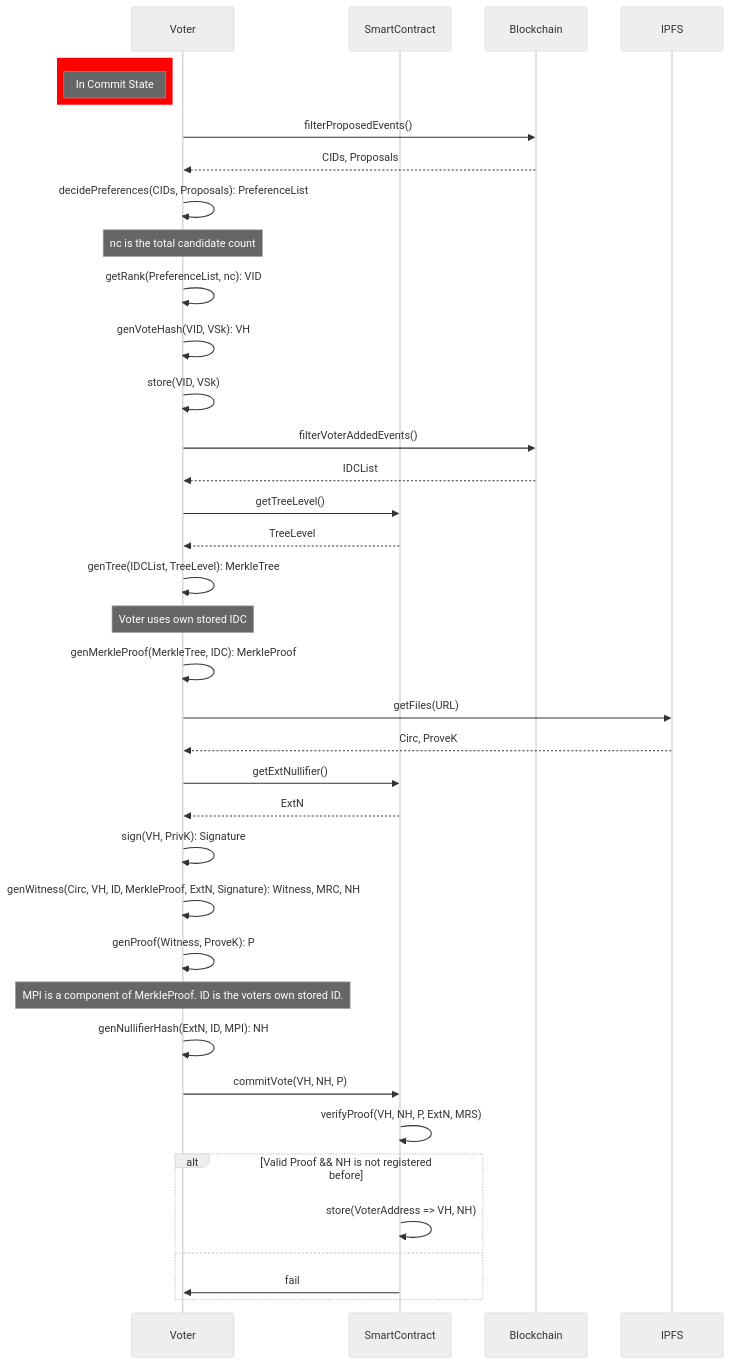
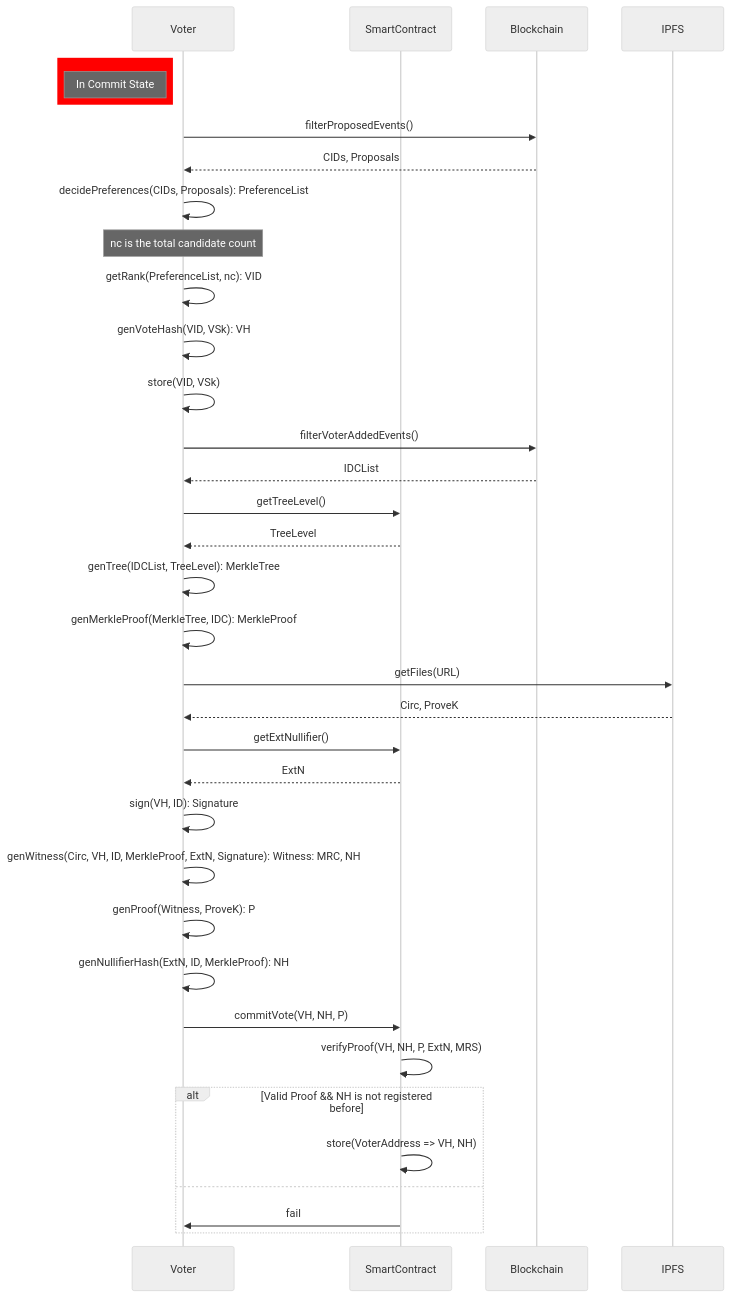
The diagram in docs/flows/basic/commit-vote.mmd (ceyonur/electanon), drawn with Mermaid (neutral theme) before and after one commit. The commit also changed 3 other files, not shown here.

```diff
--- a/docs/flows/basic/commit-vote.mmd
+++ b/docs/flows/basic/commit-vote.mmd
@@ -1,36 +1,34 @@
 sequenceDiagram
 participant Voter
 rect rgb(255, 0, 0)
 note left of Voter: In Commit State
 end
 participant SC as SmartContract
 Voter->>Blockchain: filterProposedEvents()
 Blockchain-->>Voter: CIDs, Proposals
 Voter->>Voter: decidePreferences(CIDs, Proposals): PreferenceList
 Note over Voter,Voter: nc is the total candidate count
 Voter->>Voter: getRank(PreferenceList, nc): VID
 Voter->>Voter: genVoteHash(VID, VSk): VH
 Voter->>Voter: store(VID, VSk)
 Voter->>Blockchain: filterVoterAddedEvents()
 Blockchain-->>Voter: IDCList
 Voter->>SC: getTreeLevel()
 SC-->>Voter: TreeLevel
 Voter->>Voter: genTree(IDCList, TreeLevel): MerkleTree
-Note over Voter,Voter: Voter uses own stored IDC
 Voter->>Voter: genMerkleProof(MerkleTree, IDC): MerkleProof
 Voter ->> IPFS: getFiles(URL)
 IPFS -->> Voter: Circ, ProveK
 Voter->>SC: getExtNullifier()
 SC-->>Voter: ExtN
-Voter ->>Voter: sign(VH, PrivK): Signature
-Voter->>Voter: genWitness(Circ, VH, ID, MerkleProof, ExtN, Signature): Witness, MRC, NH
+Voter ->>Voter: sign(VH, ID): Signature
+Voter->>Voter: genWitness(Circ, VH, ID, MerkleProof, ExtN, Signature): Witness: MRC, NH
 Voter->>Voter: genProof(Witness, ProveK): P
-Note over Voter: MPI is a component of MerkleProof. ID is the voters own stored ID.
-Voter->>Voter: genNullifierHash(ExtN, ID, MPI): NH
+Voter->>Voter: genNullifierHash(ExtN, ID, MerkleProof): NH
 Voter->>SC: commitVote(VH, NH, P)
 SC->>SC: verifyProof(VH, NH, P, ExtN, MRS)
 alt Valid Proof && NH is not registered before
   SC->>SC:store(VoterAddress => VH, NH)
 else
   SC->>Voter: fail
 end
```
